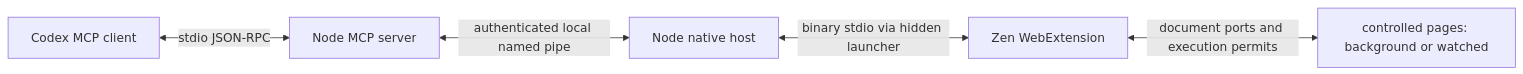
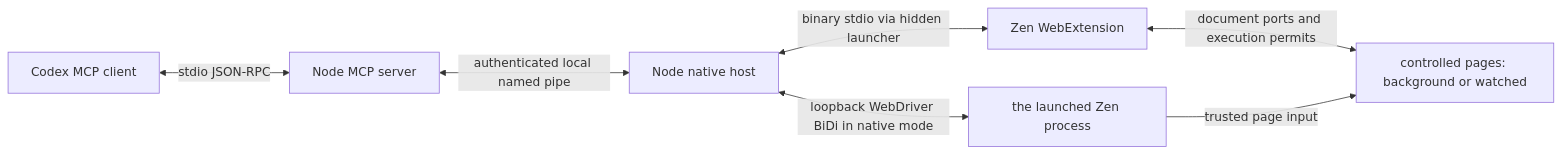
The diagram in plugins/zen-browser/docs/ARCHITECTURE.md (ReasonW6/codex-skill-marketplace), drawn with Mermaid before and after one commit. The commit also changed other lines of this file and 43 other files, not shown here.

Commit message:
feat(zen-browser): add native input and automatic unsigned loading

````diff
--- a/plugins/zen-browser/docs/ARCHITECTURE.md
+++ b/plugins/zen-browser/docs/ARCHITECTURE.md
@@ -3,7 +3,9 @@
 ```mermaid
 flowchart LR
     C[Codex MCP client] <-->|stdio JSON-RPC| M[Node MCP server]
     M <-->|authenticated local named pipe| N[Node native host]
     N <-->|binary stdio via hidden launcher| E[Zen WebExtension]
     E <-->|document ports and execution permits| P[controlled pages: background or watched]
+    N <-->|loopback WebDriver BiDi in native mode| Z[the launched Zen process]
+    Z -->|trusted page input| P
 ```
````
